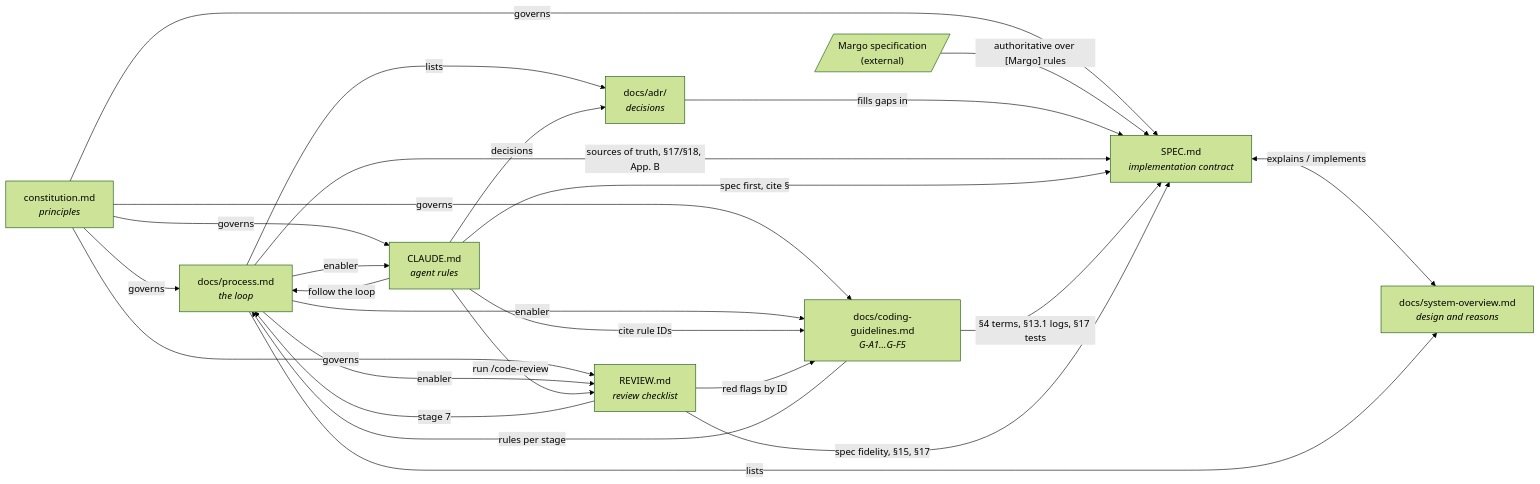
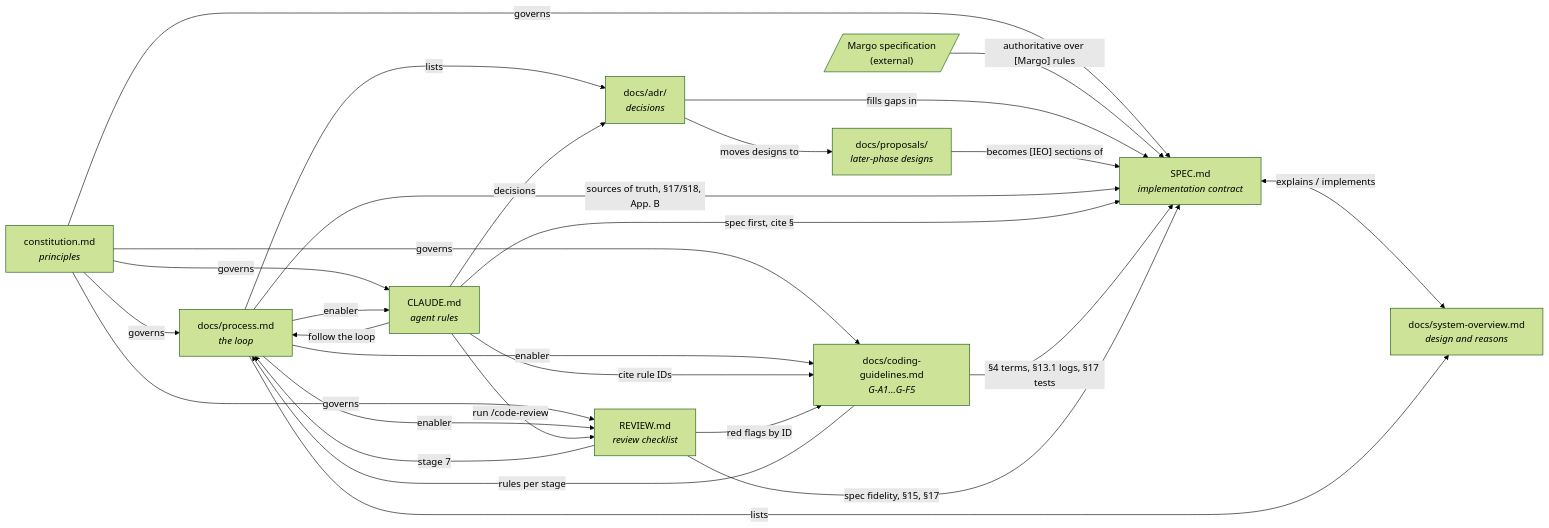
One commit to balaji-balu/ieo changed the second of 2 diagrams in docs/docs-map.md. Above: the diagram before and after it, drawn with Mermaid (forest theme). The commit also changed other lines of this file and 7 other files, not shown here.

First line of the commit message:
docs: move data plane to docs/proposals/data-plane.md (ADR 0006)

````diff
--- a/docs/docs-map.md
+++ b/docs/docs-map.md
@@ -53,41 +55,44 @@
 ```mermaid
 flowchart LR
   const["constitution.md<br/><i>principles</i>"]
   margo[/"Margo specification<br/>(external)"/]
   spec["SPEC.md<br/><i>implementation contract</i>"]
   overview["docs/system-overview.md<br/><i>design and reasons</i>"]
   adr["docs/adr/<br/><i>decisions</i>"]
+  proposals["docs/proposals/<br/><i>later-phase designs</i>"]
   process["docs/process.md<br/><i>the loop</i>"]
   claude["CLAUDE.md<br/><i>agent rules</i>"]
   guide["docs/coding-guidelines.md<br/><i>G-A1…G-F5</i>"]
   review["REVIEW.md<br/><i>review checklist</i>"]
 
   const -- "governs" --> process
   const -- "governs" --> spec
   const -- "governs" --> guide
   const -- "governs" --> review
   const -- "governs" --> claude
   margo -- "authoritative over [Margo] rules" --> spec
   spec <-- "explains / implements" --> overview
   adr -- "fills gaps in" --> spec
+  proposals -- "becomes [IEO] sections of" --> spec
+  adr -- "moves designs to" --> proposals
 
   process -- "sources of truth, §17/§18, App. B" --> spec
   process -- "lists" --> overview
   process -- "lists" --> adr
   process -- "enabler" --> claude
   process -- "enabler" --> guide
   process -- "enabler" --> review
 
   claude -- "follow the loop" --> process
   claude -- "spec first, cite §" --> spec
   claude -- "cite rule IDs" --> guide
   claude -- "run /code-review" --> review
   claude -- "decisions" --> adr
 
   guide -- "rules per stage" --> process
   guide -- "§4 terms, §13.1 logs, §17 tests" --> spec
 
   review -- "stage 7" --> process
   review -- "spec fidelity, §15, §17" --> spec
   review -- "red flags by ID" --> guide
 ```
````
